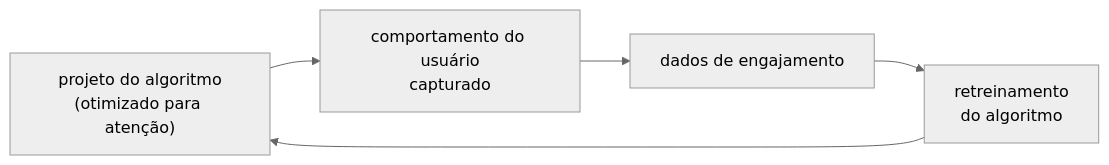
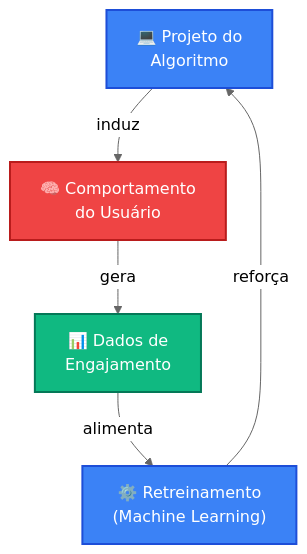
The fourth of 4 diagrams in content/teaching/society/aula01/02-aula.qmd (marcosmrai/mraimundo), drawn with Mermaid (neutral theme) before and after one commit. The commit also changed other lines of this file and 303 other files, not shown here.

````diff
--- a/content/teaching/society/aula01/02-aula.qmd
+++ b/content/teaching/society/aula01/02-aula.qmd
@@ -288,8 +689,25 @@
 ```{mermaid}
 %%| fig-align: center
-flowchart LR
-    A["projeto do algoritmo<br/>(otimizado para atenção)"] --> B["comportamento do usuário<br/>capturado"]
-    B --> C["dados de engajamento"]
-    C --> D["retreinamento<br/>do algoritmo"]
-    D --> A
+flowchart TB
+    %% Nós do laço
+    A["💻 Projeto do<br/>Algoritmo"]
+    B["🧠 Comportamento<br/>do Usuário"]
+    C["📊 Dados de<br/>Engajamento"]
+    D["⚙️ Retreinamento<br/>(Machine Learning)"]
+
+    %% Conexões
+    A -->|"induz"| B
+    B -->|"gera"| C
+    C -->|"alimenta"| D
+    D -->|"reforça"| A
+    
+    %% Estilização
+    classDef tech fill:#3b82f6,stroke:#1d4ed8,stroke-width:2px,color:#fff;
+    classDef human fill:#ef4444,stroke:#b91c1c,stroke-width:2px,color:#fff;
+    classDef data fill:#10b981,stroke:#047857,stroke-width:2px,color:#fff;
+    
+    class A tech;
+    class B human;
+    class C data;
+    class D tech;
 ```
````
